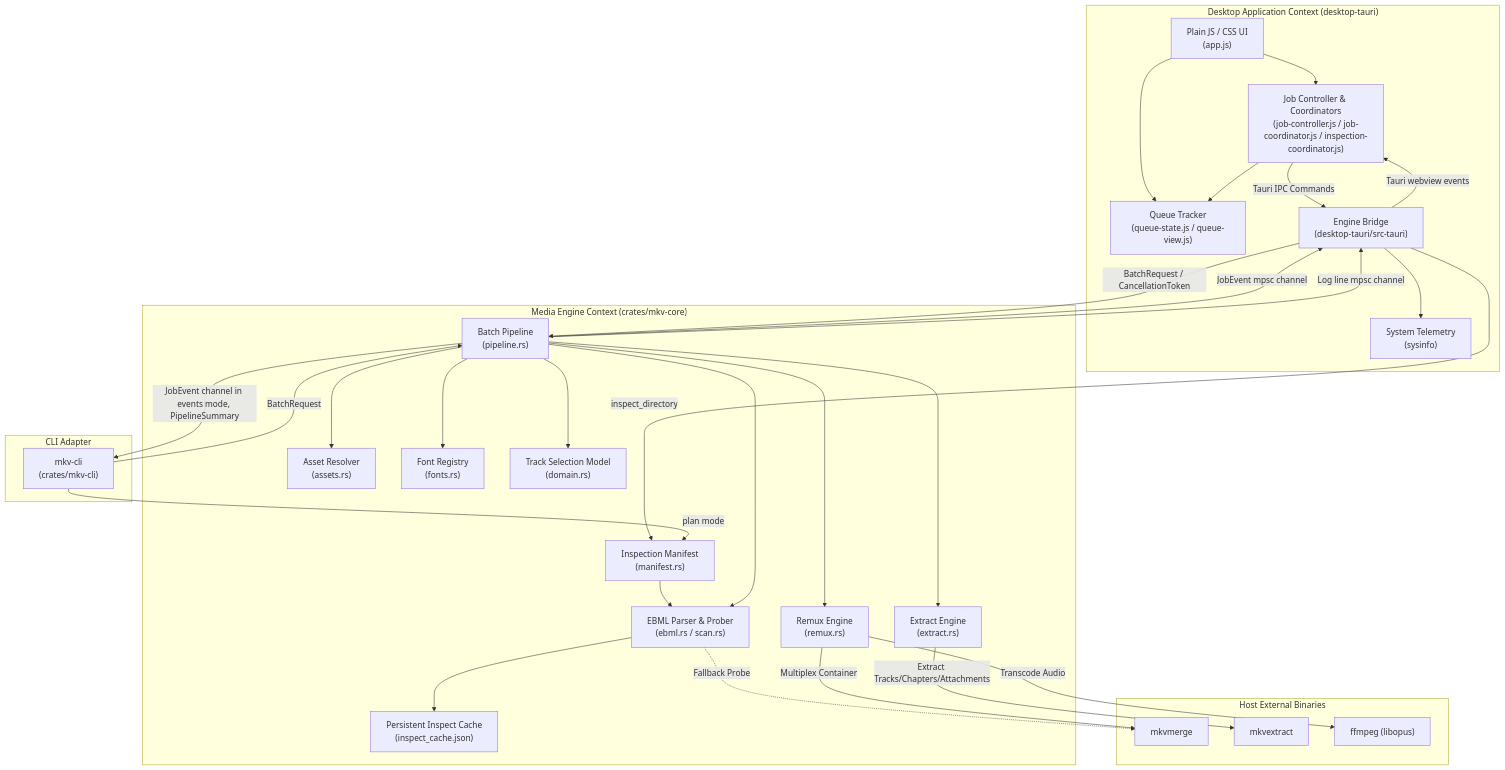
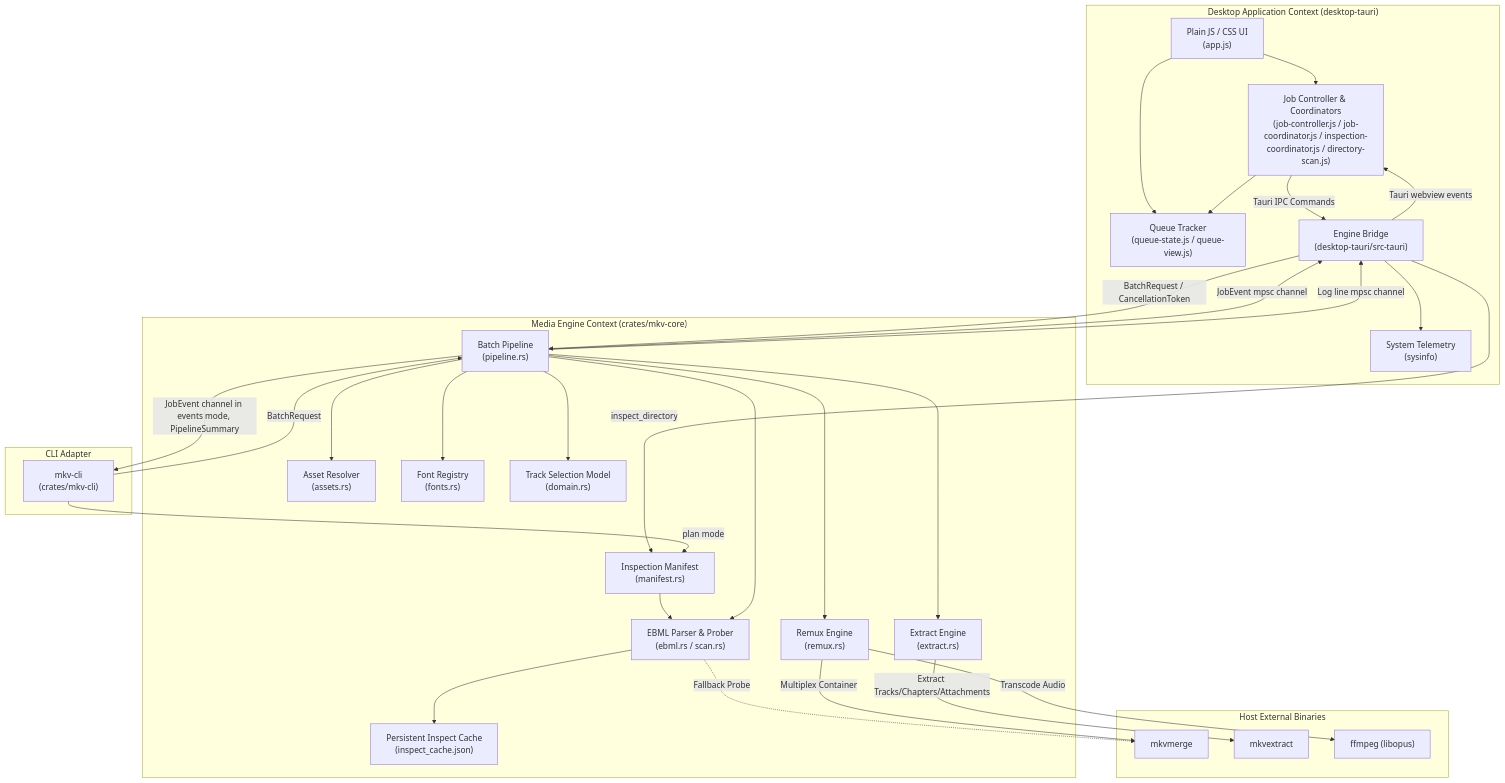
Before and after one commit to Si-Forces/mkvanimebatch: the first of 8 diagrams in architecture.md, drawn with Mermaid. The commit also changed other lines of this file and 5 other files, not shown here.

First line of the commit message:
refactor(desktop): pull the directory scan out of app.js (#73)

````diff
--- a/architecture.md
+++ b/architecture.md
@@ -28,61 +28,61 @@
 ```mermaid
 flowchart TD
     subgraph DesktopContext["Desktop Application Context (desktop-tauri)"]
         UI["Plain JS / CSS UI\n(app.js)"]
         QT["Queue Tracker\n(queue-state.js / queue-view.js)"]
-        JC["Job Controller & Coordinators\n(job-controller.js / job-coordinator.js / inspection-coordinator.js)"]
+        JC["Job Controller & Coordinators\n(job-controller.js / job-coordinator.js / inspection-coordinator.js / directory-scan.js)"]
         EB["Engine Bridge\n(desktop-tauri/src-tauri)"]
         TS["System Telemetry\n(sysinfo)"]
     end
 
     subgraph MediaEngineContext["Media Engine Context (crates/mkv-core)"]
         MAN["Inspection Manifest\n(manifest.rs)"]
         BP["Batch Pipeline\n(pipeline.rs)"]
         AR["Asset Resolver\n(assets.rs)"]
         FR["Font Registry\n(fonts.rs)"]
         TSM["Track Selection Model\n(domain.rs)"]
         EBML["EBML Parser & Prober\n(ebml.rs / scan.rs)"]
         PIC["Persistent Inspect Cache\n(inspect_cache.json)"]
         RX["Remux Engine\n(remux.rs)"]
         EX["Extract Engine\n(extract.rs)"]
     end
 
     subgraph ExternalTools["Host External Binaries"]
         MKVMERGE["mkvmerge"]
         MKVEXTRACT["mkvextract"]
         FFMPEG["ffmpeg (libopus)"]
     end
 
     subgraph StandaloneCLI["CLI Adapter"]
         CLI["mkv-cli\n(crates/mkv-cli)"]
     end
 
     UI --> QT
     UI --> JC
     JC --> QT
     JC -->|Tauri IPC Commands| EB
     EB -->|inspect_directory| MAN
     EB -->|BatchRequest / CancellationToken| BP
     BP -->|JobEvent mpsc channel| EB
     BP -->|Log line mpsc channel| EB
     EB -->|Tauri webview events| JC
     EB --> TS
 
     CLI -->|BatchRequest| BP
     CLI -->|plan mode| MAN
     BP -->|JobEvent channel in events mode, PipelineSummary| CLI
 
     MAN --> EBML
     BP --> AR
     BP --> FR
     BP --> TSM
     BP --> EBML
     EBML --> PIC
     BP --> RX
     BP --> EX
 
     EBML -.->|Fallback Probe| MKVMERGE
     RX -->|Transcode Audio| FFMPEG
     RX -->|Multiplex Container| MKVMERGE
     EX -->|Extract Tracks/Chapters/Attachments| MKVEXTRACT
 ```
````
